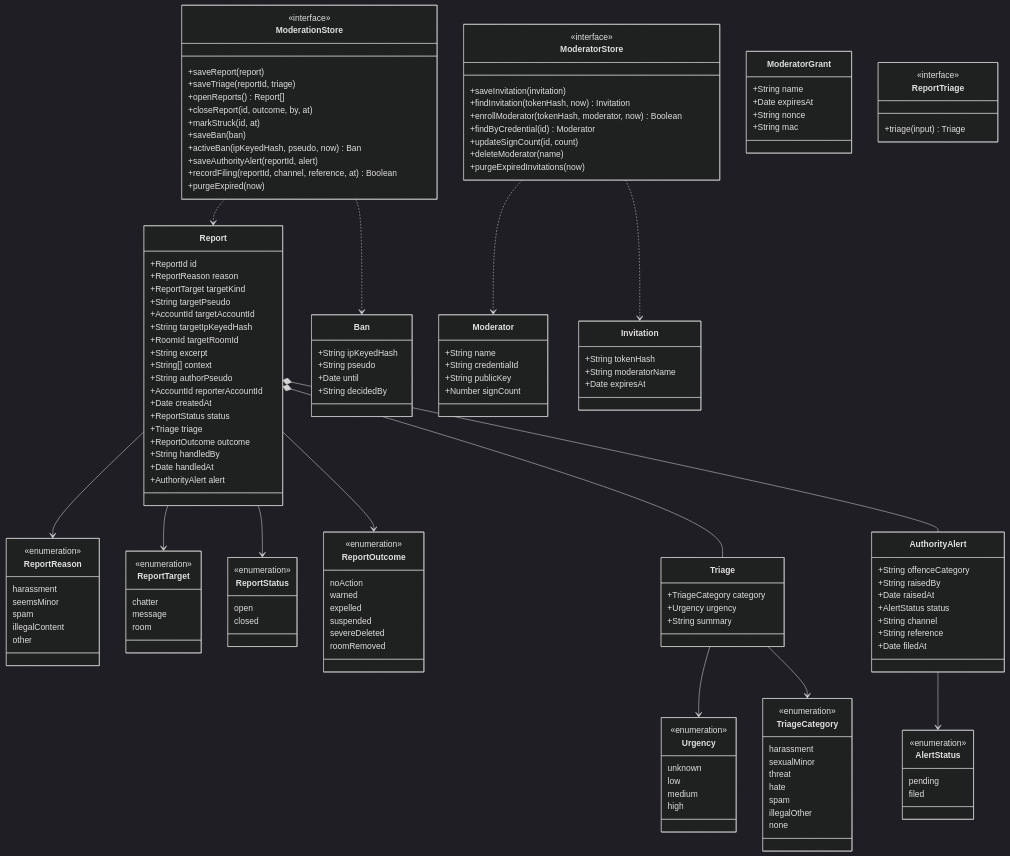
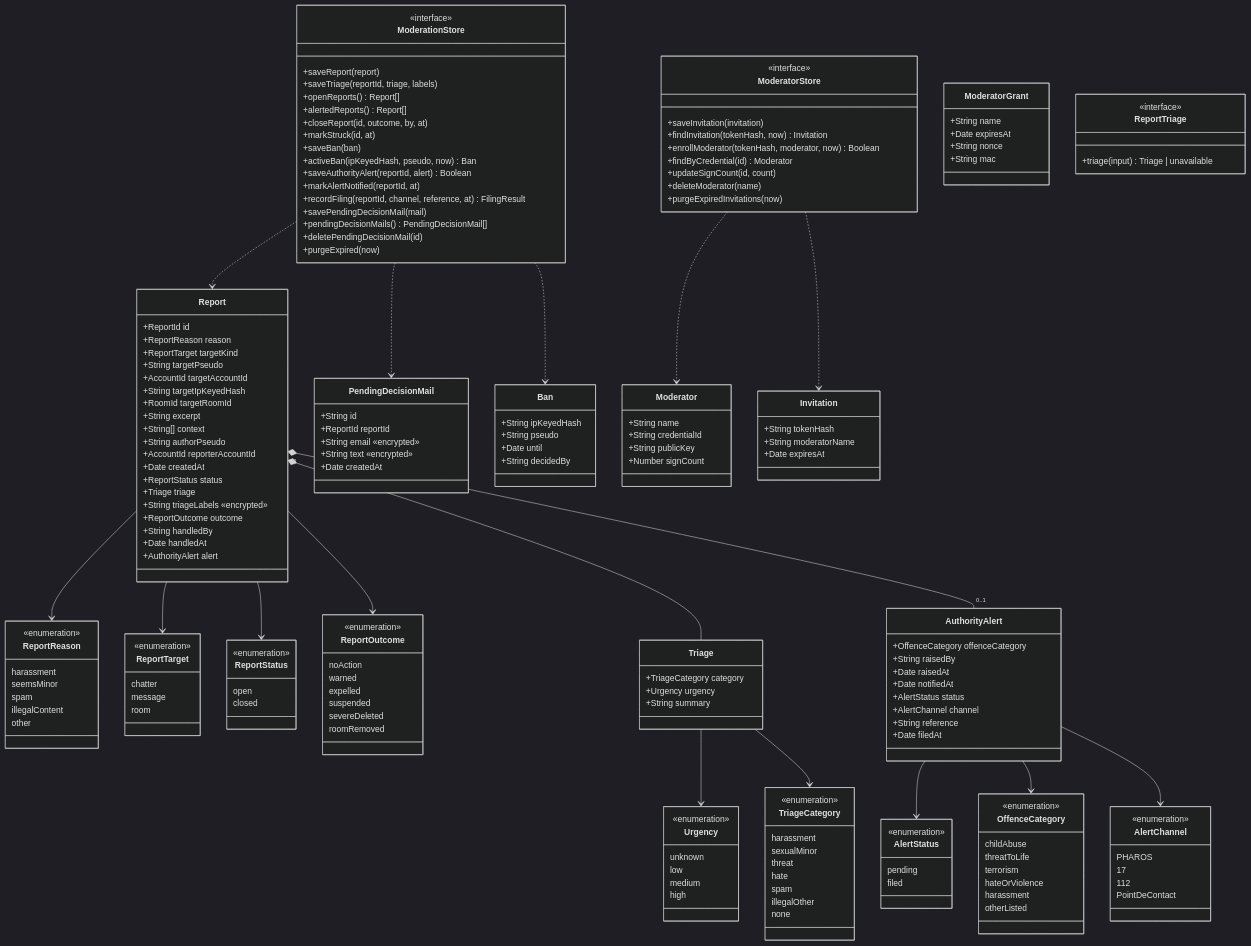
The diagram in docs/architecture/diagrams/moderation/04-class.md (benoit-bremaud/asv), drawn with Mermaid (dark theme) before and after one commit. The commit also changed other lines of this file and 22 other files, not shown here.

````diff
--- a/docs/architecture/diagrams/moderation/04-class.md
+++ b/docs/architecture/diagrams/moderation/04-class.md
@@ -28,6 +28,7 @@
     +Date createdAt
     +ReportStatus status
     +Triage triage
+    +String triageLabels «encrypted»
     +ReportOutcome outcome
     +String handledBy
     +Date handledAt
@@ -77,13 +78,37 @@
     none
   }
   class AuthorityAlert {
-    +String offenceCategory
+    +OffenceCategory offenceCategory
     +String raisedBy
     +Date raisedAt
+    +Date notifiedAt
     +AlertStatus status
-    +String channel
+    +AlertChannel channel
     +String reference
     +Date filedAt
+  }
+  class OffenceCategory {
+    <<enumeration>>
+    childAbuse
+    threatToLife
+    terrorism
+    hateOrViolence
+    harassment
+    otherListed
+  }
+  class AlertChannel {
+    <<enumeration>>
+    PHAROS
+    17
+    112
+    PointDeContact
+  }
+  class PendingDecisionMail {
+    +String id
+    +ReportId reportId
+    +String email «encrypted»
+    +String text «encrypted»
+    +Date createdAt
   }
   class AlertStatus {
     <<enumeration>>
@@ -117,14 +142,19 @@
   class ModerationStore {
     <<interface>>
     +saveReport(report)
-    +saveTriage(reportId, triage)
+    +saveTriage(reportId, triage, labels)
     +openReports() Report[]
+    +alertedReports() Report[]
     +closeReport(id, outcome, by, at)
     +markStruck(id, at)
     +saveBan(ban)
     +activeBan(ipKeyedHash, pseudo, now) Ban
-    +saveAuthorityAlert(reportId, alert)
-    +recordFiling(reportId, channel, reference, at) Boolean
+    +saveAuthorityAlert(reportId, alert) Boolean
+    +markAlertNotified(reportId, at)
+    +recordFiling(reportId, channel, reference, at) FilingResult
+    +savePendingDecisionMail(mail)
+    +pendingDecisionMails() PendingDecisionMail[]
+    +deletePendingDecisionMail(id)
     +purgeExpired(now)
   }
   class ModeratorStore {
@@ -145,7 +175,7 @@
   }
   class ReportTriage {
     <<interface>>
-    +triage(input) Triage
+    +triage(input) Triage | unavailable
   }
   Report --> ReportReason
   Report --> ReportTarget
@@ -154,10 +184,13 @@
   Report *-- Triage
   Triage --> Urgency
   Triage --> TriageCategory
-  Report *-- AuthorityAlert
+  Report "1" *-- "0..1" AuthorityAlert
   AuthorityAlert --> AlertStatus
+  AuthorityAlert --> OffenceCategory
+  AuthorityAlert --> AlertChannel
   ModerationStore ..> Report
   ModerationStore ..> Ban
+  ModerationStore ..> PendingDecisionMail
   ModeratorStore ..> Moderator
   ModeratorStore ..> Invitation
 ```
````
